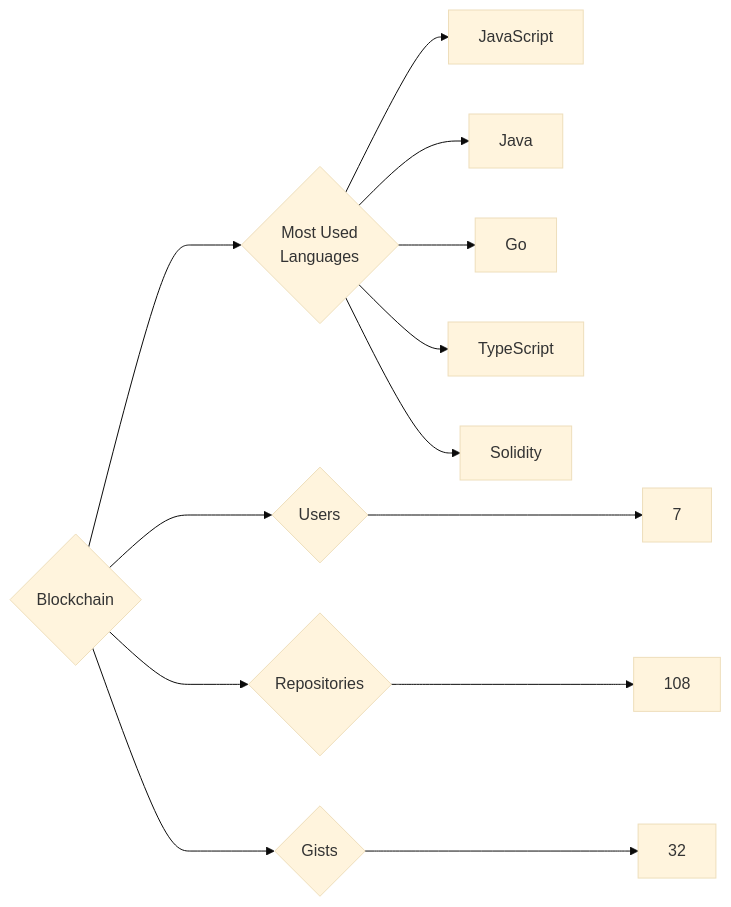
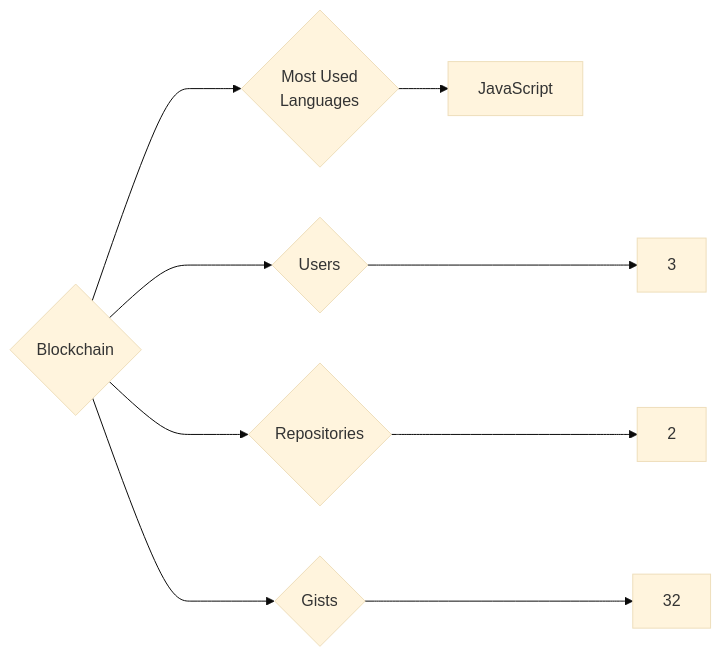
The diagram in targets/Blockchain/README.md (trickest/insiders), drawn with Mermaid (base theme) before and after one commit. The commit also changed 860 other files, not shown here.

````diff
--- a/targets/Blockchain/README.md
+++ b/targets/Blockchain/README.md
@@ -3,13 +3,9 @@
 ```mermaid
 graph LR
 COMPANY_NAME{Blockchain}
-COMPANY_NAME ---> U{Users} ---> UN[7]
-COMPANY_NAME ---> R{Repositories} ---> RN[108]
+COMPANY_NAME ---> U{Users} ---> UN[3]
+COMPANY_NAME ---> R{Repositories} ---> RN[2]
 COMPANY_NAME ---> G{Gists} ---> GN[32]
 COMPANY_NAME ---> ML{Most Used<br>Languages}
 ML --> JavaScript[JavaScript]
-ML --> Java[Java]
-ML --> Go[Go]
-ML --> TypeScript[TypeScript]
-ML --> Solidity[Solidity]
 ```
````
